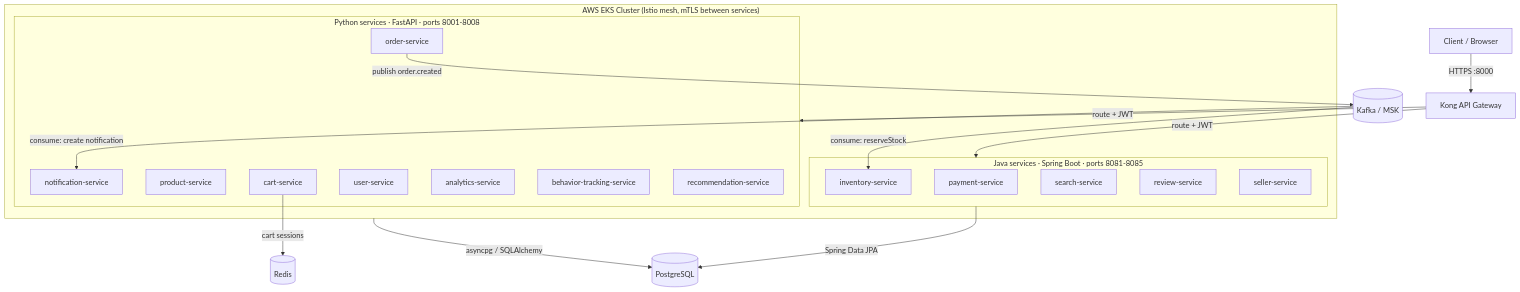
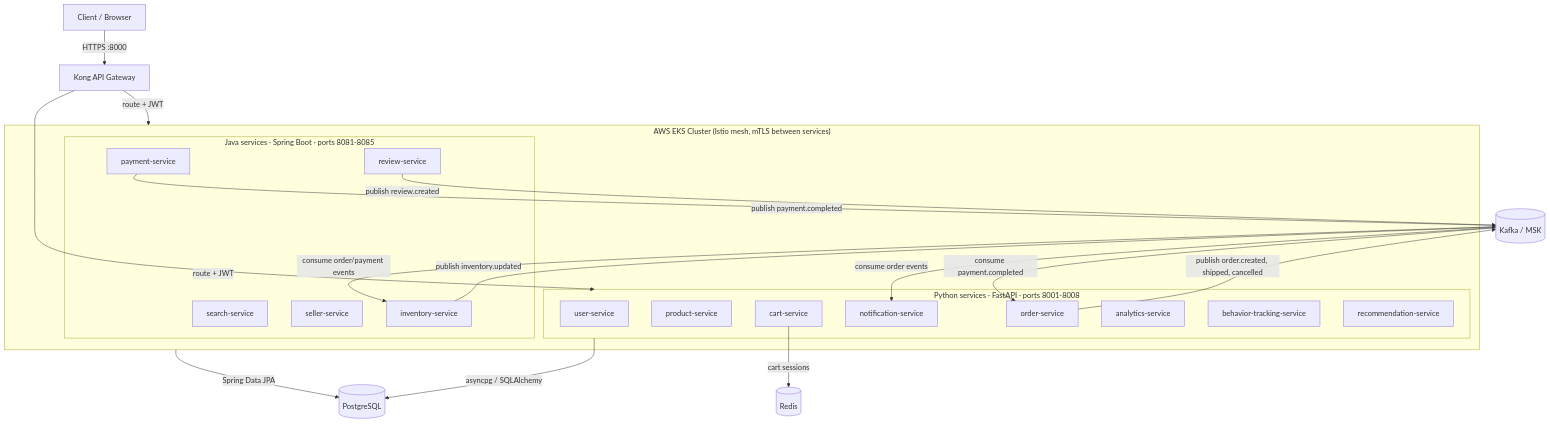
Before and after one commit to MohammadaminAlbooyeh/fitness_tracker: the diagram in README.md, drawn with Mermaid. The commit also changed other lines of this file and 4 other files, not shown here.

````diff
--- a/README.md
+++ b/README.md
@@ -32,36 +32,40 @@
 ```mermaid
 flowchart TB
     Client["Client / Browser"] -->|HTTPS :8000| Kong["Kong API Gateway"]
 
     subgraph EKS["AWS EKS Cluster (Istio mesh, mTLS between services)"]
         subgraph PY["Python services · FastAPI · ports 8001-8008"]
             US[user-service]
             PS[product-service]
             CS[cart-service]
             OS[order-service]
             NS[notification-service]
             AS[analytics-service]
             BS[behavior-tracking-service]
             RS[recommendation-service]
         end
 
         subgraph JV["Java services · Spring Boot · ports 8081-8085"]
             PAY[payment-service]
             INV[inventory-service]
             SRCH[search-service]
             REV[review-service]
             SEL[seller-service]
         end
     end
 
     Kong -->|route + JWT| PY
     Kong -->|route + JWT| JV
 
     PY -->|asyncpg / SQLAlchemy| PG[(PostgreSQL)]
     JV -->|Spring Data JPA| PG
     CS -->|cart sessions| REDIS[(Redis)]
 
-    OS -->|publish order.created| KAFKA[(Kafka / MSK)]
-    KAFKA -->|consume: reserveStock| INV
-    KAFKA -->|consume: create notification| NS
+    OS -->|publish order.created, shipped, cancelled| KAFKA[(Kafka / MSK)]
+    PAY -->|publish payment.completed| KAFKA
+    INV -->|publish inventory.updated| KAFKA
+    REV -->|publish review.created| KAFKA
+    KAFKA -->|consume order/payment events| INV
+    KAFKA -->|consume order events| NS
+    KAFKA -->|consume payment.completed| OS
 ```
````
